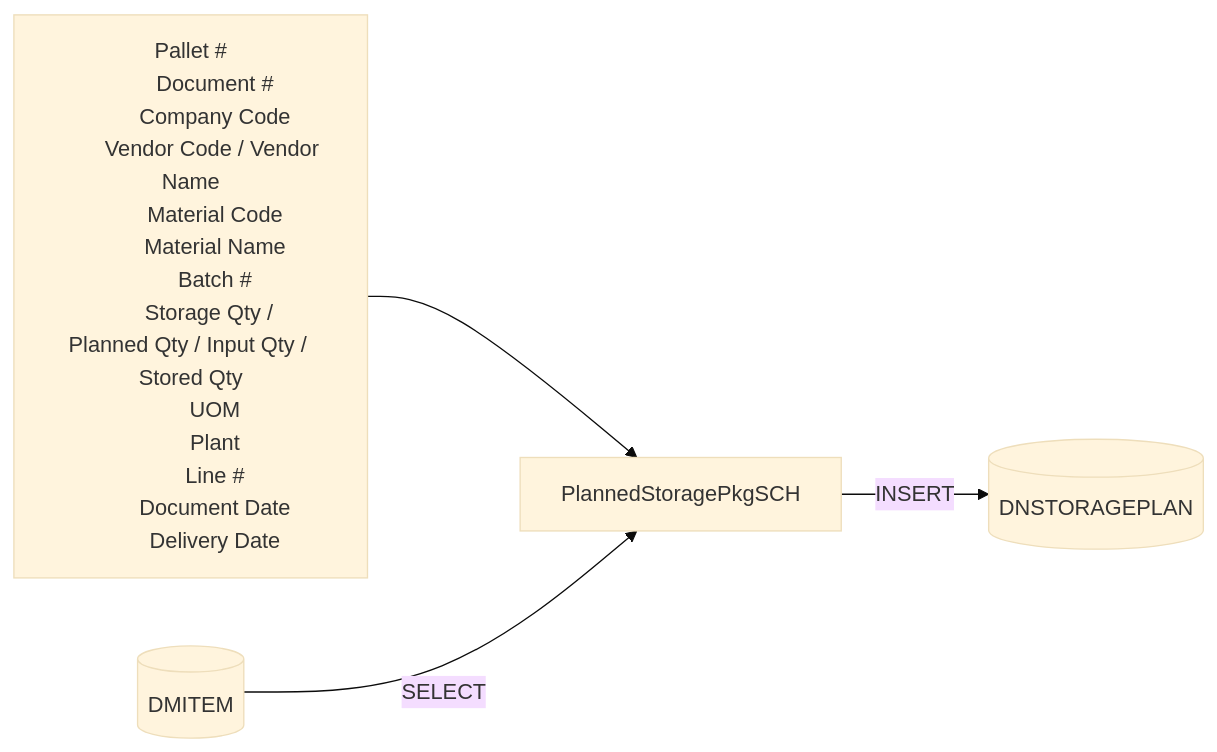
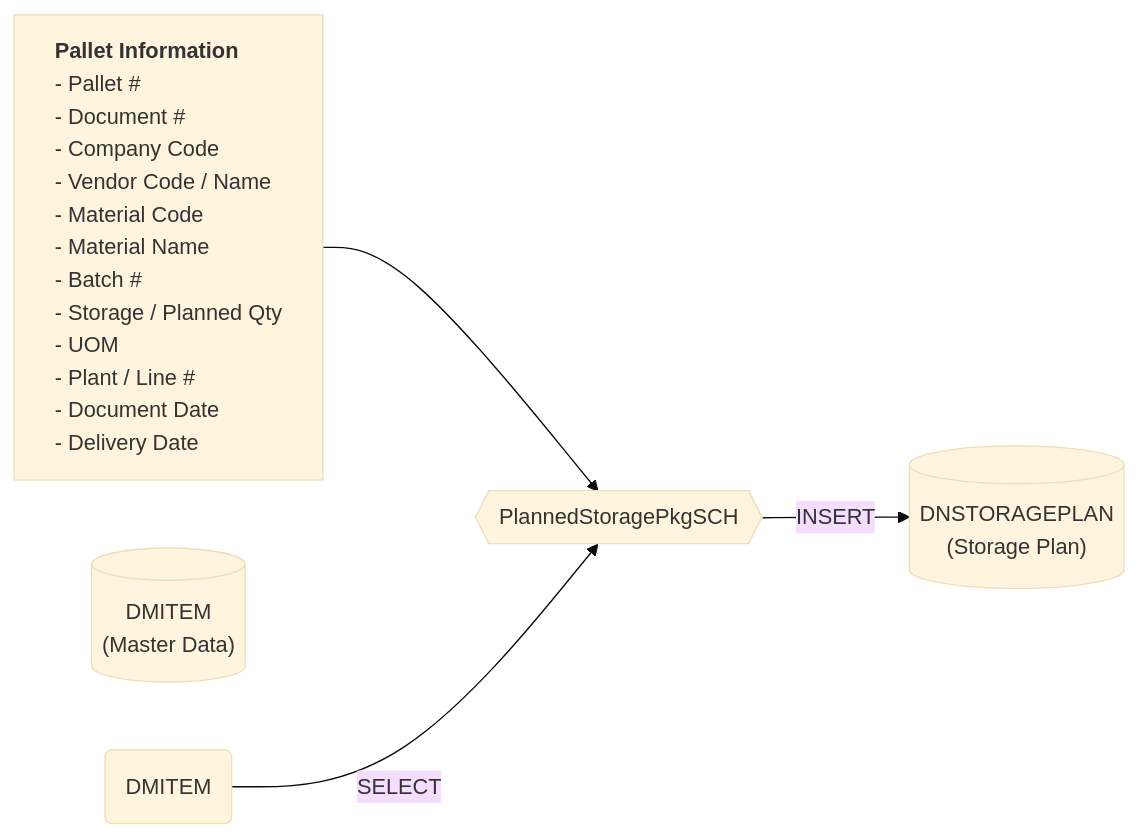
The first of 2 diagrams in Basic-Design/DFD-WMS/Storage/[SCREEN-ONLY]-Planned-Storage-Packaging-Material.md (luthfiadityaa/SimeDarby-Wiki), drawn with Mermaid (base theme) before and after one commit.

Commit message:
Updated [SCREEN ONLY] Planned Storage Packaging Material

```diff
--- a/Basic-Design/DFD-WMS/Storage/[SCREEN-ONLY]-Planned-Storage-Packaging-Material.md
+++ b/Basic-Design/DFD-WMS/Storage/[SCREEN-ONLY]-Planned-Storage-Packaging-Material.md
@@ -35,32 +35,20 @@
 ::: mermaid
 flowchart LR
-    input[
-        Pallet #
-        Document #
-        Company Code
-        Vendor Code / Vendor Name
-        Material Code
-        Material Name
-        Batch #
-        Storage Qty /  Planned Qty / Input Qty / Stored Qty
-        UOM
-        Plant
-        Line #
-        Document Date
-        Delivery Date
-    ]
 
-    tableList-select[("
-        DMITEM
-    ")]
+    input["<b>Pallet Information</b><br/>- Pallet #<br/>- Document #<br/>- Company Code<br/>- Vendor Code / Name<br/>- Material Code<br/>- Material Name<br/>- Batch #<br/>- Storage / Planned Qty<br/>- UOM<br/>- Plant / Line #<br/>- Document Date<br/>- Delivery Date"]
 
-    tableList-insert[("
-        DNSTORAGEPLAN
-    ")]
+    %% Database Tables
+    DMITEM[("DMITEM<br/>(Master Data)")]
+    DNSTORAGEPLAN[("DNSTORAGEPLAN<br/>(Storage Plan)")]
 
-    className[PlannedStoragePkgSCH]
+    %% Logic Class
+    className{{"PlannedStoragePkgSCH"}}
 
-    input --> className--> |INSERT| tableList-insert
-    tableList-select--> |SELECT| className 
+    %% Flow
+    input --> className
+    tableList-select("DMITEM") --> |SELECT| className 
+    className --> |INSERT| DNSTORAGEPLAN
 
+    %% Styling for Left Alignment
+    style input text-align:left
 :::
```
